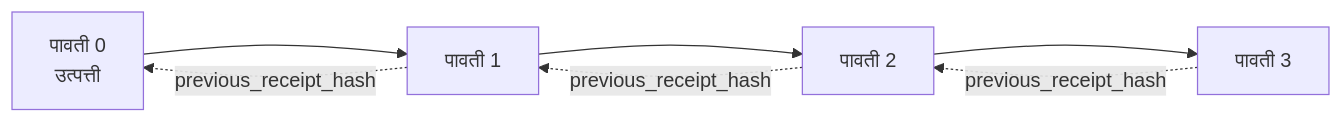
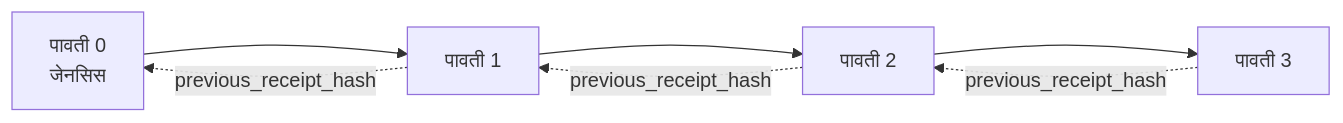
One commit to microsoft/ai-agents-for-beginners changed the second of 2 diagrams in translations/mr/18-securing-ai-agents/README.md. Above: the diagram before and after it, drawn with Mermaid. The commit also changed other lines of this file and 45 other files, not shown here.

````diff
--- a/translations/mr/18-securing-ai-agents/README.md
+++ b/translations/mr/18-securing-ai-agents/README.md
@@ -206,9 +203,9 @@
 ```mermaid
 flowchart LR
-    R0[पावती 0<br/>उत्पत्ती] --> R1[पावती 1]
+    R0[पावती 0<br/>जेनसिस] --> R1[पावती 1]
     R1 --> R2[पावती 2]
     R2 --> R3[पावती 3]
     R1 -. previous_receipt_hash .-> R0
     R2 -. previous_receipt_hash .-> R1
     R3 -. previous_receipt_hash .-> R2
 ```
````
